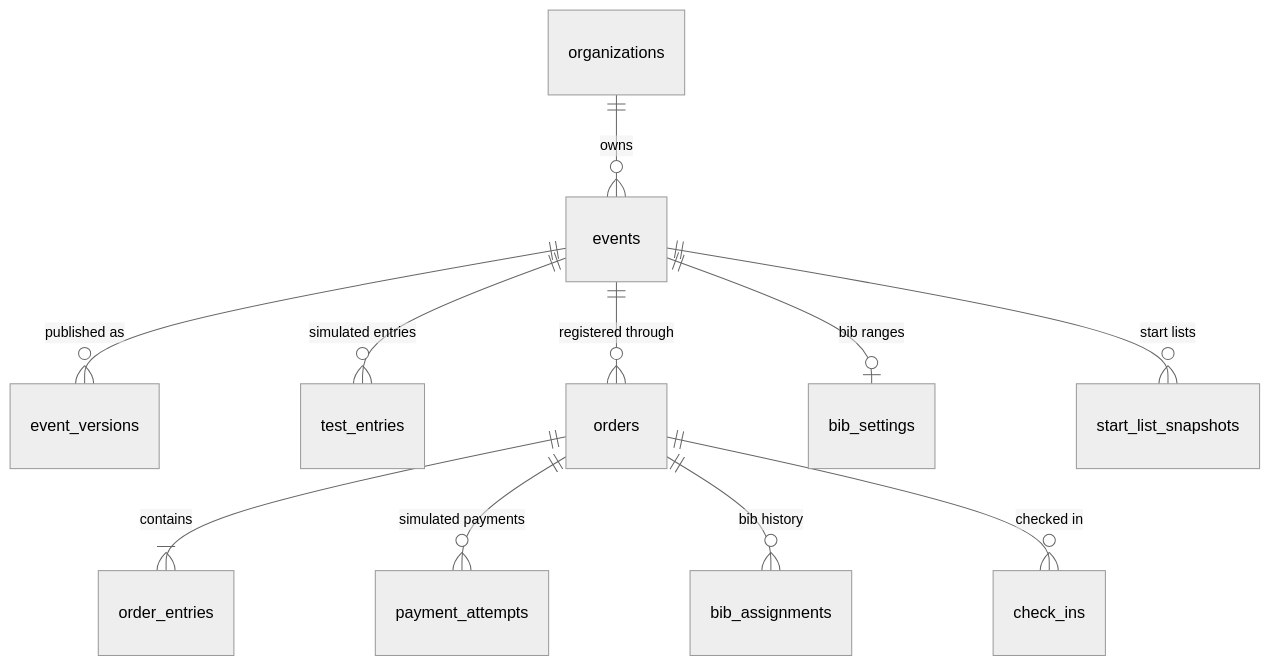
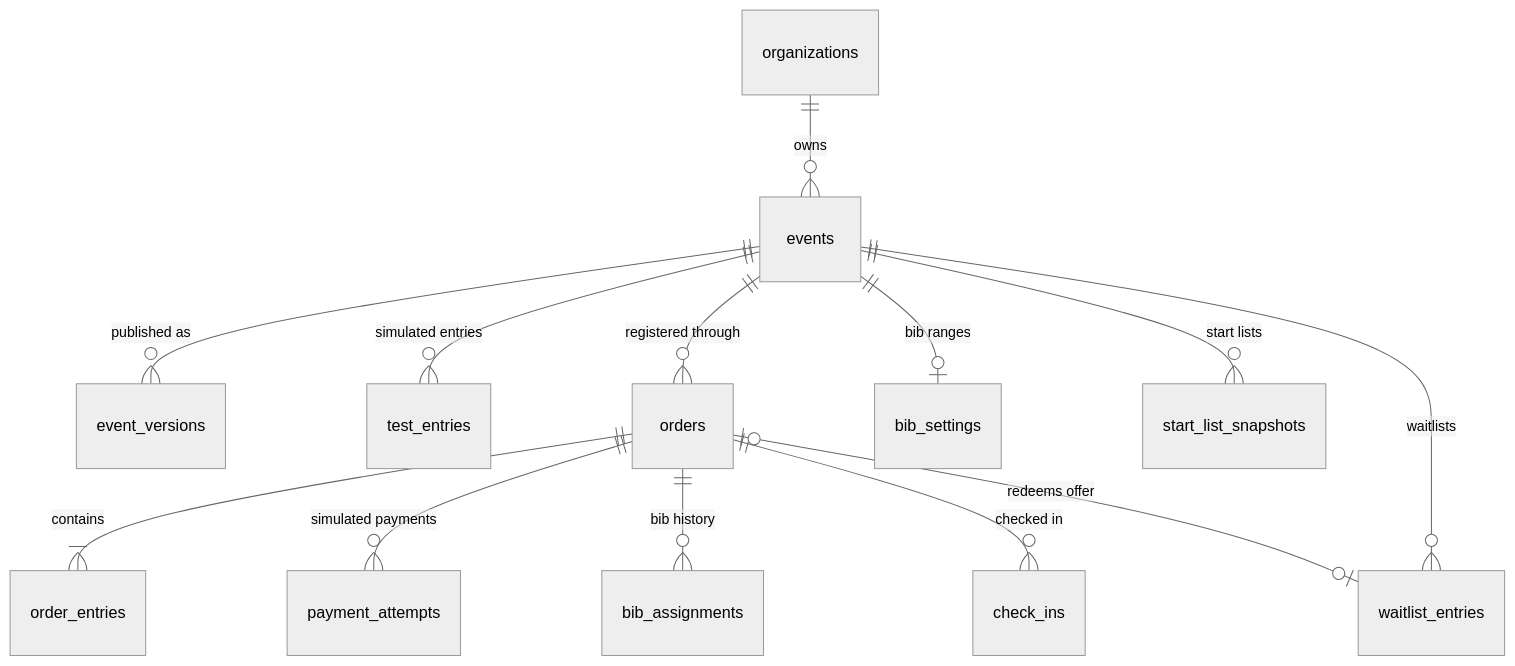
The first of 2 diagrams in DATA_MODEL.md (kchan1028/event-registration), drawn with Mermaid (neutral theme) before and after one commit. The commit also changed other lines of this file and 17 other files, not shown here.

First line of the commit message:
feat(waitlist): organizer-managed waitlists (#34)

````diff
--- a/DATA_MODEL.md
+++ b/DATA_MODEL.md
@@ -27,13 +27,15 @@
 ```mermaid
 erDiagram
     organizations ||--o{ events : owns
     events ||--o{ event_versions : "published as"
     events ||--o{ test_entries : "simulated entries"
     events ||--o{ orders : "registered through"
     orders ||--|{ order_entries : contains
     orders ||--o{ payment_attempts : "simulated payments"
     events ||--o| bib_settings : "bib ranges"
     orders ||--o{ bib_assignments : "bib history"
     orders ||--o{ check_ins : "checked in"
     events ||--o{ start_list_snapshots : "start lists"
+    events ||--o{ waitlist_entries : "waitlists"
+    orders |o--o| waitlist_entries : "redeems offer"
 ```
````
